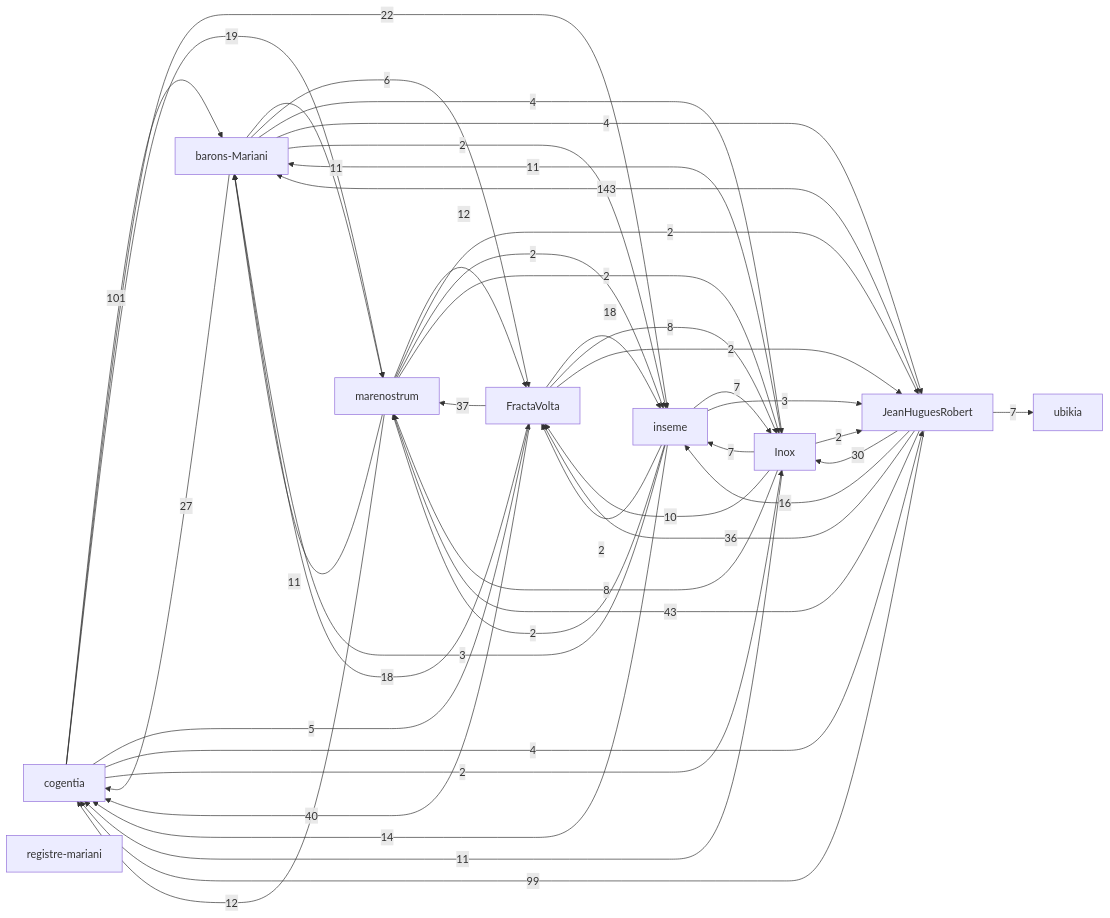
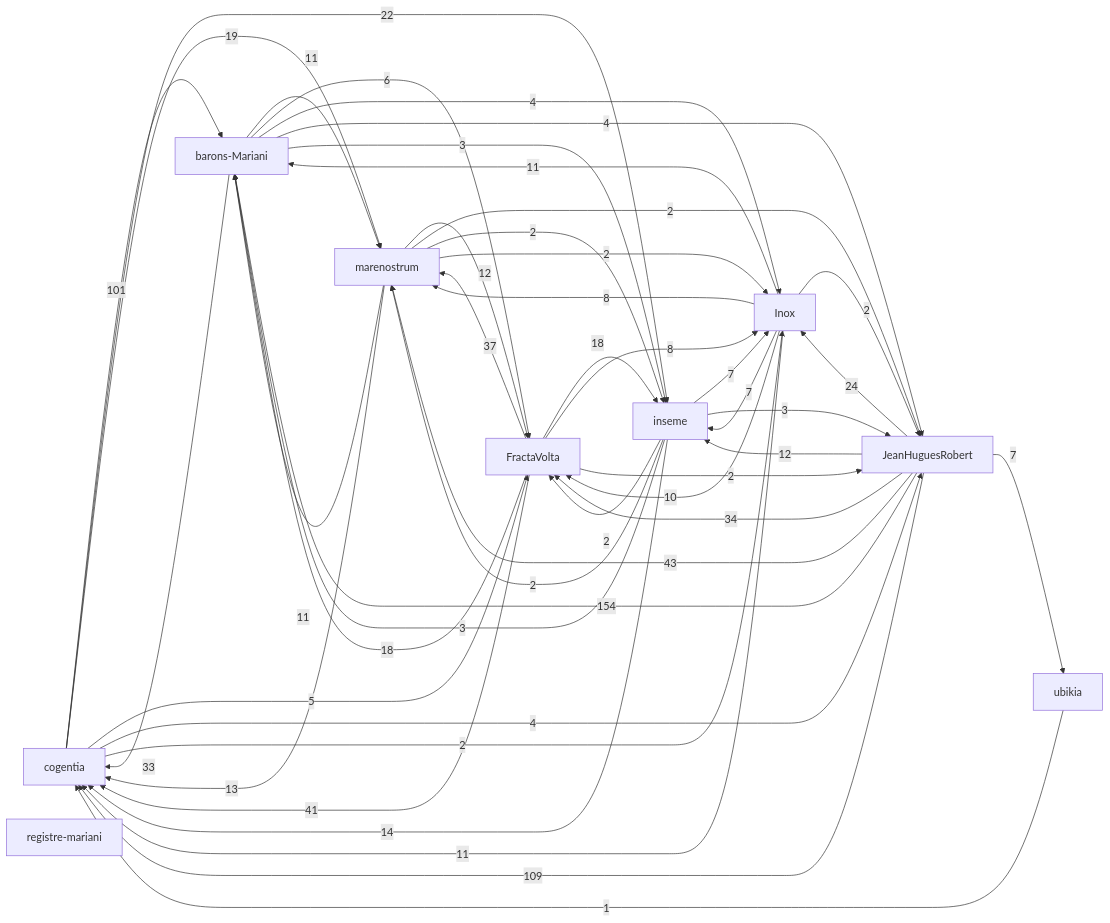
One commit to JeanHuguesRobert/FractaVolta changed the first of 2 diagrams in research/corpus-status.md. Above: the diagram before and after it, drawn with Mermaid. The commit also changed other lines of this file and 1 other file, not shown here.

Commit message:
Refresh corpus navigation

````diff
--- a/research/corpus-status.md
+++ b/research/corpus-status.md
@@ -48,55 +48,56 @@
 ```mermaid
 graph LR
   r_cogentia["cogentia"]
   r_fractavolta["FractaVolta"]
   r_marenostrum["marenostrum"]
   r_barons_mariani["barons-Mariani"]
   r_inseme["inseme"]
   r_inox["Inox"]
   r_registre_mariani["registre-mariani"]
   r_ubikia["ubikia"]
   r_jeanhuguesrobert["JeanHuguesRobert"]
-  r_jeanhuguesrobert -->|143| r_barons_mariani
+  r_jeanhuguesrobert -->|154| r_barons_mariani
+  r_jeanhuguesrobert -->|109| r_cogentia
   r_cogentia -->|101| r_barons_mariani
-  r_jeanhuguesrobert -->|99| r_cogentia
   r_jeanhuguesrobert -->|43| r_marenostrum
-  r_fractavolta -->|40| r_cogentia
+  r_fractavolta -->|41| r_cogentia
   r_fractavolta -->|37| r_marenostrum
-  r_jeanhuguesrobert -->|36| r_fractavolta
-  r_jeanhuguesrobert -->|30| r_inox
-  r_barons_mariani -->|27| r_cogentia
+  r_jeanhuguesrobert -->|34| r_fractavolta
+  r_barons_mariani -->|33| r_cogentia
+  r_jeanhuguesrobert -->|24| r_inox
   r_cogentia -->|22| r_inseme
   r_cogentia -->|19| r_marenostrum
   r_fractavolta -->|18| r_inseme
   r_fractavolta -->|18| r_barons_mariani
-  r_jeanhuguesrobert -->|16| r_inseme
   r_inseme -->|14| r_cogentia
+  r_marenostrum -->|13| r_cogentia
+  r_jeanhuguesrobert -->|12| r_inseme
   r_marenostrum -->|12| r_fractavolta
-  r_marenostrum -->|12| r_cogentia
   r_barons_mariani -->|11| r_marenostrum
   r_inox -->|11| r_barons_mariani
   r_inox -->|11| r_cogentia
   r_marenostrum -->|11| r_barons_mariani
   r_inox -->|10| r_fractavolta
   r_fractavolta -->|8| r_inox
   r_inox -->|8| r_marenostrum
   r_inox -->|7| r_inseme
   r_inseme -->|7| r_inox
   r_jeanhuguesrobert -->|7| r_ubikia
   r_barons_mariani -->|6| r_fractavolta
   r_cogentia -->|5| r_fractavolta
   r_barons_mariani -->|4| r_inox
   r_barons_mariani -->|4| r_jeanhuguesrobert
   r_cogentia -->|4| r_jeanhuguesrobert
+  r_barons_mariani -->|3| r_inseme
   r_inseme -->|3| r_barons_mariani
   r_inseme -->|3| r_jeanhuguesrobert
-  r_barons_mariani -->|2| r_inseme
   r_cogentia -->|2| r_inox
   r_fractavolta -->|2| r_jeanhuguesrobert
   r_inox -->|2| r_jeanhuguesrobert
   r_inseme -->|2| r_marenostrum
   r_inseme -->|2| r_fractavolta
   r_marenostrum -->|2| r_jeanhuguesrobert
   r_marenostrum -->|2| r_inseme
   r_marenostrum -->|2| r_inox
+  r_ubikia -->|1| r_cogentia
 ```
````
